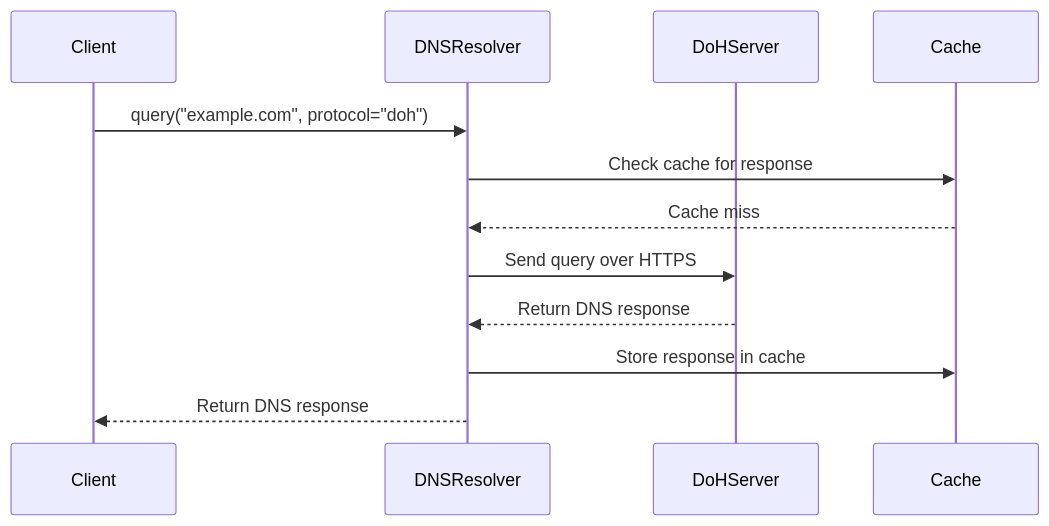
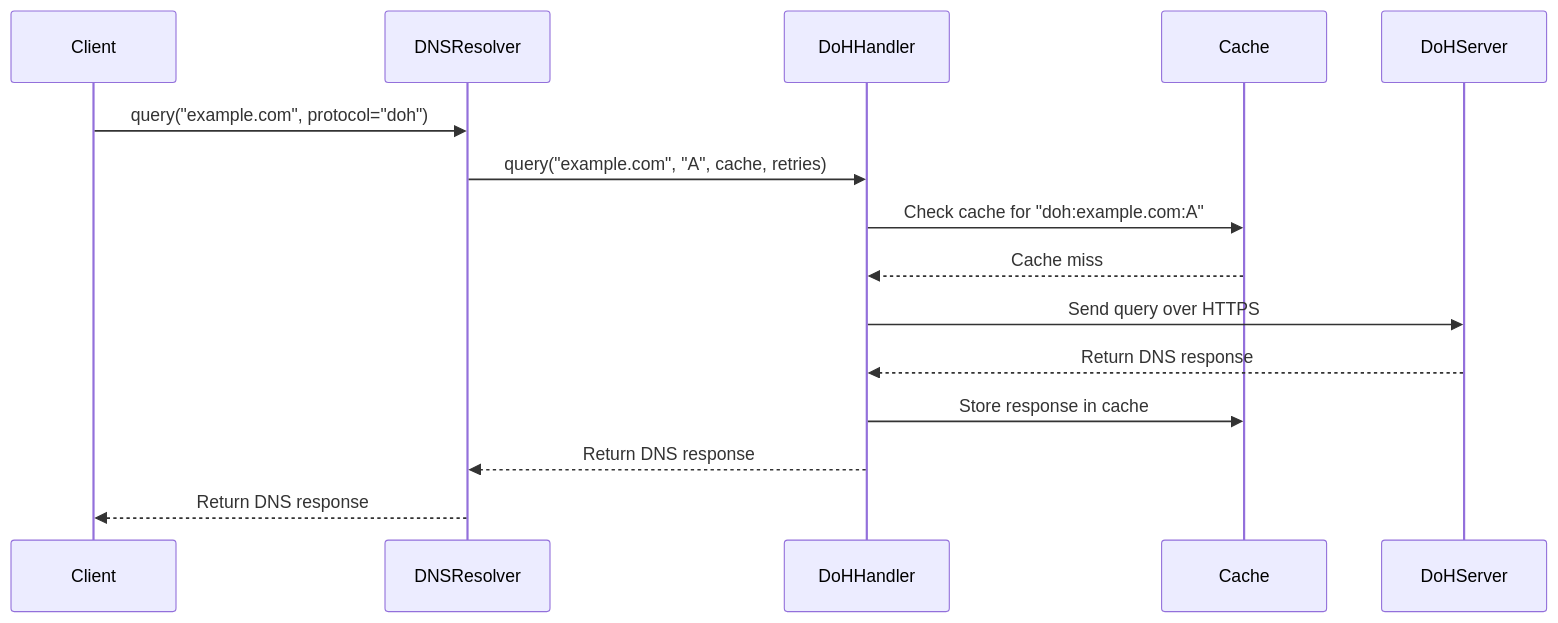
One commit to PrivyDNS/PrivyDNS changed the third of 3 diagrams in ARCHITECTURE.md. Above: the diagram before and after it, drawn with Mermaid. The commit also changed other lines of this file and 7 other files, not shown here.

````diff
--- a/ARCHITECTURE.md
+++ b/ARCHITECTURE.md
@@ -70,15 +83,18 @@
 ```mermaid
 sequenceDiagram
   participant Client
   participant DNSResolver
+  participant DoHHandler
+  participant Cache
   participant DoHServer
-  participant Cache
 
   Client->>DNSResolver: query("example.com", protocol="doh")
-  DNSResolver->>Cache: Check cache for response
-  Cache-->>DNSResolver: Cache miss
-  DNSResolver->>DoHServer: Send query over HTTPS
-  DoHServer-->>DNSResolver: Return DNS response
-  DNSResolver->>Cache: Store response in cache
+  DNSResolver->>DoHHandler: query("example.com", "A", cache, retries)
+  DoHHandler->>Cache: Check cache for "doh:example.com:A"
+  Cache-->>DoHHandler: Cache miss
+  DoHHandler->>DoHServer: Send query over HTTPS
+  DoHServer-->>DoHHandler: Return DNS response
+  DoHHandler->>Cache: Store response in cache
+  DoHHandler-->>DNSResolver: Return DNS response
   DNSResolver-->>Client: Return DNS response
 ```
````
